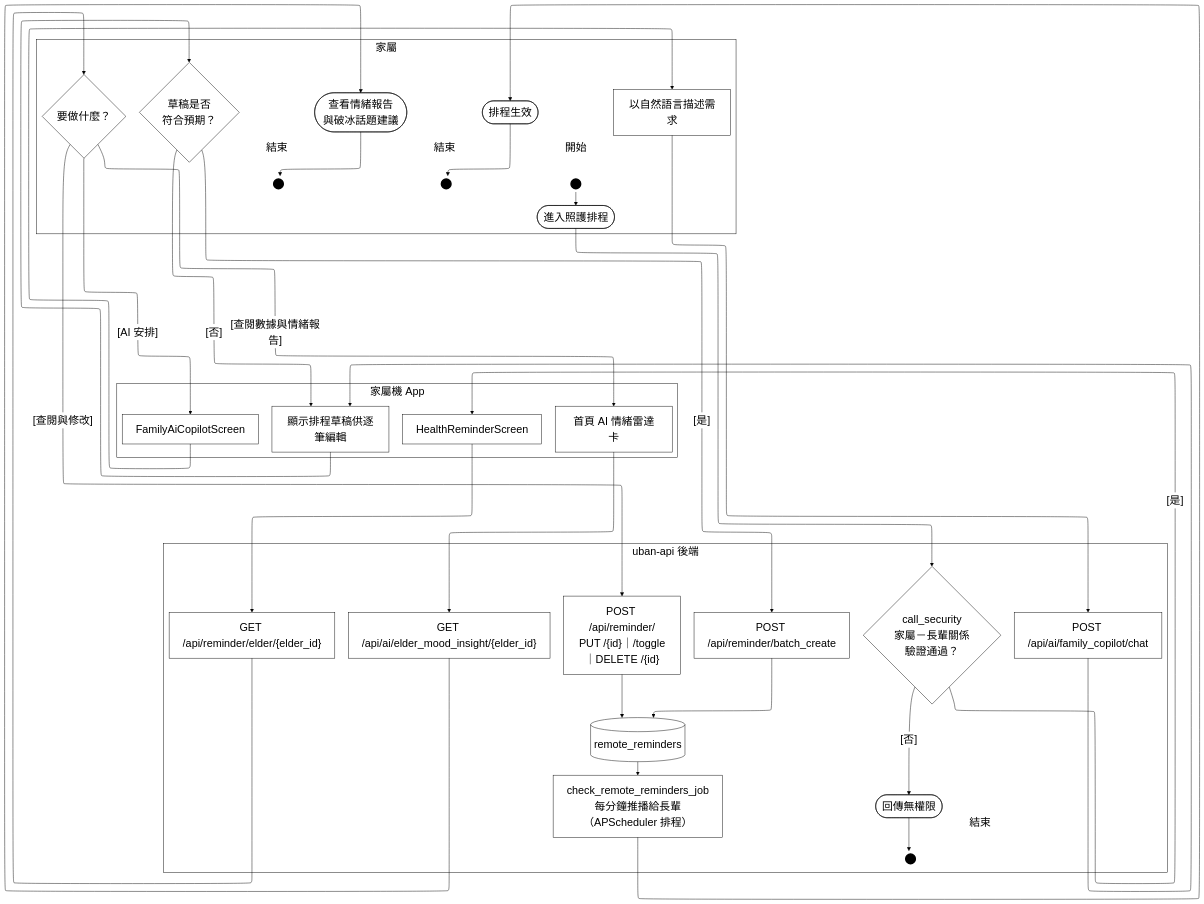
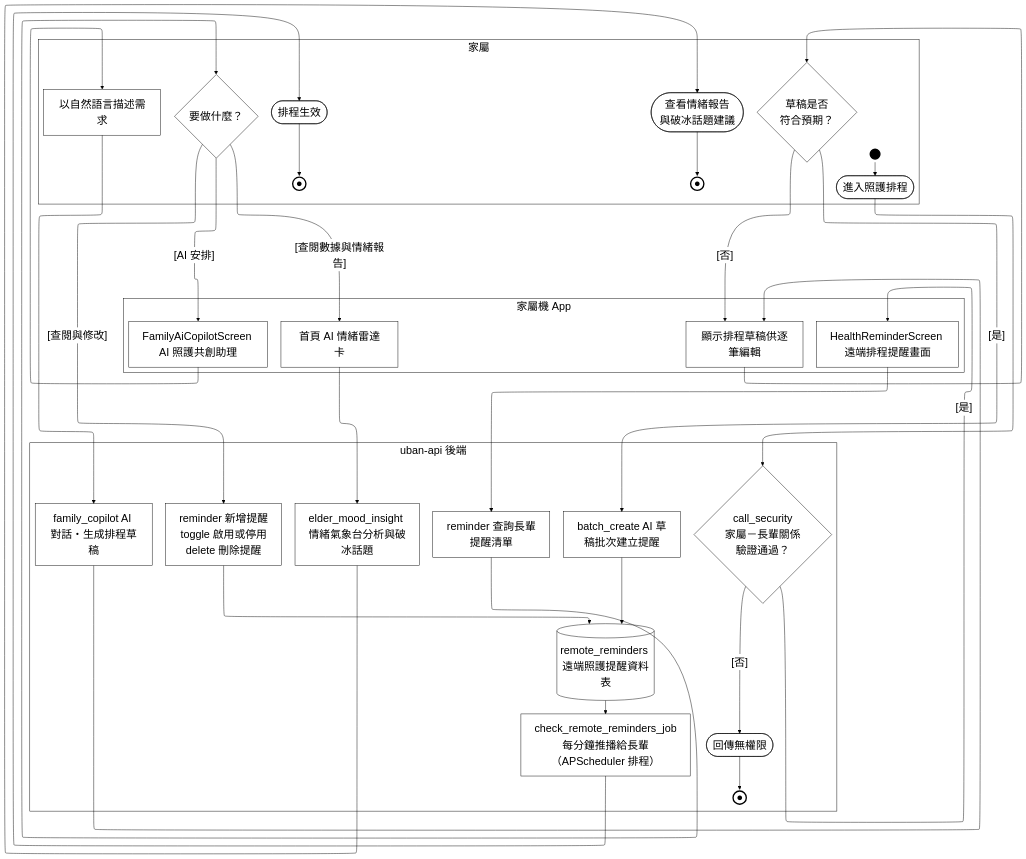
The diagram in Uban System Documents/mermaid原始碼/A14-照護排程管理.mmd (HuangYu-Kai/Uban), drawn with Mermaid before and after one commit. The commit also changed 87 other files, not shown here.

First line of the commit message:
圖表：全面改用 draw.io 取代 mermaid，並把 113 個純英文節點改成英中對照

```diff
--- a/Uban System Documents/mermaid原始碼/A14-照護排程管理.mmd
+++ b/Uban System Documents/mermaid原始碼/A14-照護排程管理.mmd
@@ -1,72 +1,67 @@
-%%{init:{"layout":"elk","elk":{"mergeEdges":false},"flowchart":{"htmlLabels":true},"themeVariables":{"clusterBkg":"#FFFFFF","clusterBorder":"#000000","edgeLabelBackground":"#FFFFFF","textColor":"#000000","nodeTextColor":"#000000","titleColor":"#000000","lineColor":"#000000","fontSize":"24px"}}}%%
+%%{init:{"layout":"elk","elk":{"mergeEdges":false,"nodePlacementStrategy":"NETWORK_SIMPLEX"},"flowchart":{"htmlLabels":true},"themeVariables":{"clusterBkg":"#FFFFFF","clusterBorder":"#000000","edgeLabelBackground":"#FFFFFF","textColor":"#000000","nodeTextColor":"#000000","titleColor":"#000000","lineColor":"#000000","fontSize":"24px"}}}%%
 flowchart TD
   subgraph ROLE["家屬"]
-    LS_S1["開始"]:::lbl
+    PAD_ROLE["&nbsp;&nbsp;&nbsp;&nbsp;&nbsp;&nbsp;&nbsp;&nbsp;&nbsp;&nbsp;&nbsp;&nbsp;&nbsp;&nbsp;&nbsp;&nbsp;&nbsp;&nbsp;&nbsp;&nbsp;&nbsp;&nbsp;&nbsp;&nbsp;&nbsp;&nbsp;&nbsp;&nbsp;&nbsp;&nbsp;&nbsp;&nbsp;&nbsp;&nbsp;&nbsp;&nbsp;&nbsp;&nbsp;&nbsp;&nbsp;&nbsp;&nbsp;&nbsp;&nbsp;&nbsp;&nbsp;&nbsp;&nbsp;&nbsp;&nbsp;&nbsp;&nbsp;&nbsp;&nbsp;&nbsp;&nbsp;&nbsp;&nbsp;&nbsp;&nbsp;&nbsp;&nbsp;&nbsp;&nbsp;&nbsp;&nbsp;&nbsp;&nbsp;&nbsp;&nbsp;&nbsp;&nbsp;&nbsp;&nbsp;&nbsp;&nbsp;&nbsp;&nbsp;&nbsp;&nbsp;&nbsp;&nbsp;&nbsp;&nbsp;&nbsp;&nbsp;&nbsp;&nbsp;&nbsp;&nbsp;"]:::pad
     ST_S1(("&nbsp;")):::term
     S1([進入照護排程]):::act
     S2{"要做什麼？"}:::dec
     S3["以自然語言描述需求"]:::act
     S4{"草稿是否<br/>符合預期？"}:::dec
     S5(["排程生效"]):::act
-    LE_S5["結束"]:::lbl
-    EN_S5(("&nbsp;")):::term
+    EN_S5(("●")):::endterm
     S6(["查看情緒報告<br/>與破冰話題建議"]):::act
-    LE_S6["結束"]:::lbl
-    EN_S6(("&nbsp;")):::term
+    EN_S6(("●")):::endterm
   end
   subgraph FE["家屬機 App"]
-    A1["HealthReminderScreen"]:::act
-    A2["FamilyAiCopilotScreen"]:::act
+    PAD_FE["&nbsp;&nbsp;&nbsp;&nbsp;&nbsp;&nbsp;&nbsp;&nbsp;&nbsp;&nbsp;&nbsp;&nbsp;&nbsp;&nbsp;&nbsp;&nbsp;&nbsp;&nbsp;&nbsp;&nbsp;&nbsp;&nbsp;&nbsp;&nbsp;&nbsp;&nbsp;&nbsp;&nbsp;&nbsp;&nbsp;&nbsp;&nbsp;&nbsp;&nbsp;&nbsp;&nbsp;&nbsp;&nbsp;&nbsp;&nbsp;&nbsp;&nbsp;&nbsp;&nbsp;&nbsp;&nbsp;&nbsp;&nbsp;&nbsp;&nbsp;&nbsp;&nbsp;&nbsp;&nbsp;&nbsp;&nbsp;&nbsp;&nbsp;&nbsp;&nbsp;&nbsp;&nbsp;&nbsp;&nbsp;&nbsp;&nbsp;&nbsp;&nbsp;&nbsp;&nbsp;&nbsp;&nbsp;&nbsp;&nbsp;&nbsp;&nbsp;&nbsp;&nbsp;"]:::pad
+    A1["HealthReminderScreen 遠端排程提醒畫面"]:::act
+    A2["FamilyAiCopilotScreen AI 照護共創助理"]:::act
     A3["顯示排程草稿供逐筆編輯"]:::act
     A4["首頁 AI 情緒雷達卡"]:::act
   end
   subgraph BE["uban-api 後端"]
     G0{"call_security<br/>家屬－長輩關係<br/>驗證通過？"}:::dec
-    B1["GET /api/reminder/elder/{elder_id}"]:::act
-    B2["POST /api/reminder/<br/>PUT /{id}｜/toggle｜DELETE /{id}"]:::act
-    B3["POST /api/ai/family_copilot/chat"]:::act
-    B4["POST /api/reminder/batch_create"]:::act
-    B5["GET /api/ai/elder_mood_insight/{elder_id}"]:::act
+    B1["reminder 查詢長輩提醒清單"]:::act
+    B2["reminder 新增提醒<br/>toggle 啟用或停用<br/>delete 刪除提醒"]:::act
+    B3["family_copilot AI 對話・生成排程草稿"]:::act
+    B4["batch_create AI 草稿批次建立提醒"]:::act
+    B5["elder_mood_insight 情緒氣象台分析與破冰話題"]:::act
     J1["check_remote_reminders_job<br/>每分鐘推播給長輩<br/>（APScheduler 排程）"]:::act
-    DB[("remote_reminders")]:::act
+    DB[("remote_reminders 遠端照護提醒資料表")]:::act
     X(["回傳無權限"]):::act
-    LE_X["結束"]:::lbl
-    EN_X(("&nbsp;")):::term
+    EN_X(("●")):::endterm
   end
 
-  LS_S1 ~~~ ST_S1
   ST_S1 --> S1
   S1 --> G0
   G0 -->|"[否]"| X
   G0 -->|"[是]"| A1
   A1 --> B1
   B1 --> S2
   S2 -->|"[查閱與修改]"| B2
   B2 --> DB
   S2 -->|"[AI 安排]"| A2
   A2 --> S3
   S3 --> B3
   B3 --> A3
   A3 --> S4
   S4 -->|"[否]"| A3
   S4 -->|"[是]"| B4
   B4 --> DB
   S2 -->|"[查閱數據與情緒報告]"| A4
   A4 --> B5
   B5 --> S6
   DB --> J1
   J1 --> S5
   S5 --> EN_S5
-  LE_S5 ~~~ EN_S5
   S6 --> EN_S6
-  LE_S6 ~~~ EN_S6
   X --> EN_X
-  LE_X ~~~ EN_X
   %% 鎖住泳道順序：ELK 不照宣告順序排，沒有這條鏈後端會跑到最上面
   ROLE ~~~ FE ~~~ BE
 
+  classDef pad  fill:none,stroke:none,color:#FFFFFF
   classDef act  fill:#FFFFFF,stroke:#000000,stroke-width:1px,color:#000000
   classDef dec  fill:#FFFFFF,stroke:#000000,stroke-width:1px,color:#000000
   classDef term fill:#000000,stroke:#000000,stroke-width:3px,color:#000000
+  classDef endterm fill:#FFFFFF,stroke:#000000,stroke-width:3px,color:#000000
   classDef gap  fill:#FFFFFF,stroke:#000000,stroke-width:1px,color:#000000,stroke-dasharray:4 3
-  classDef lbl  fill:none,stroke:none,color:#000000
```
